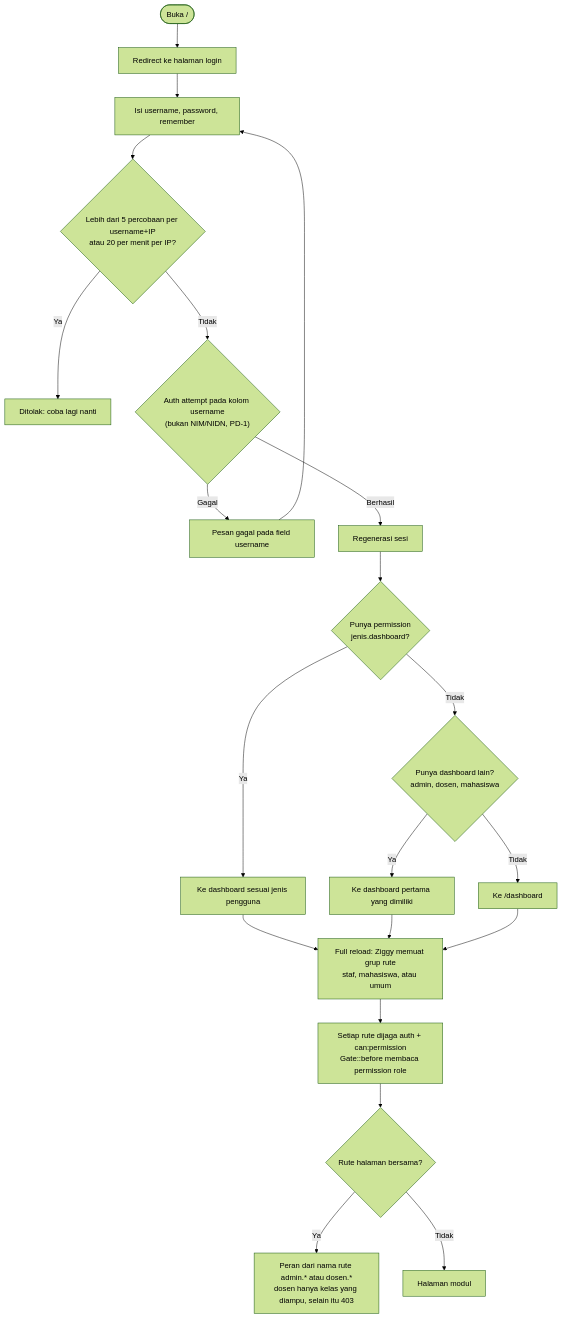
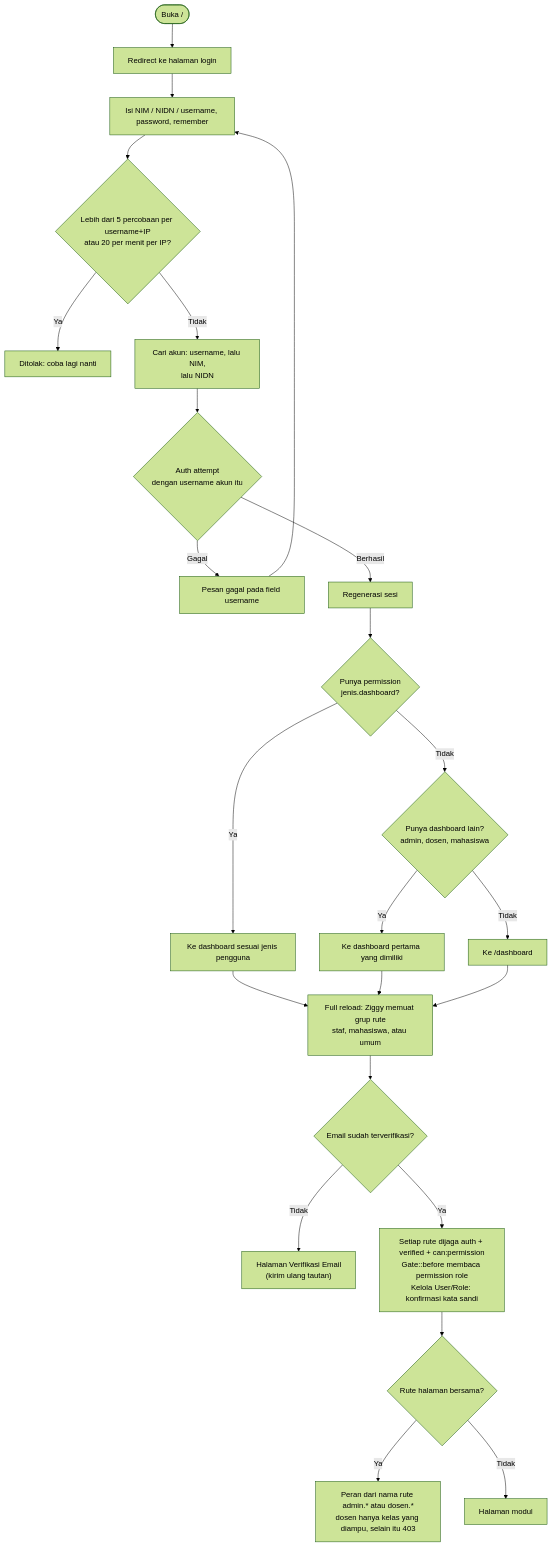
The third of 27 diagrams in docs/system-flowchart.md (Velocity-Developer/sia-vd), drawn with Mermaid (forest theme) before and after one commit. The commit also changed 2 other files, not shown here.

Commit message:
docs: PD-1 sampai PD-4 selesai (login NIM/NIDN, verifikasi email, role)

````diff
--- a/docs/system-flowchart.md
+++ b/docs/system-flowchart.md
@@ -133,22 +133,24 @@
 ```mermaid
 flowchart TD
     A(["Buka /"]) --> B["Redirect ke halaman login"]
-    B --> C["Isi username, password, remember"]
+    B --> C["Isi NIM / NIDN / username, password, remember"]
     C --> D{"Lebih dari 5 percobaan per username+IP<br/>atau 20 per menit per IP?"}
     D -- Ya --> D1["Ditolak: coba lagi nanti"]
-    D -- Tidak --> E{"Auth attempt pada kolom username<br/>(bukan NIM/NIDN, PD-1)"}
+    D -- Tidak --> E0["Cari akun: username, lalu NIM,<br/>lalu NIDN"] --> E{"Auth attempt<br/>dengan username akun itu"}
     E -- Gagal --> E1["Pesan gagal pada field username"] --> C
     E -- Berhasil --> F["Regenerasi sesi"]
     F --> G{"Punya permission<br/>jenis.dashboard?"}
     G -- Ya --> H["Ke dashboard sesuai jenis pengguna"]
     G -- Tidak --> I{"Punya dashboard lain?<br/>admin, dosen, mahasiswa"}
     I -- Ya --> H2["Ke dashboard pertama yang dimiliki"]
     I -- Tidak --> J["Ke /dashboard"]
     H --> K["Full reload: Ziggy memuat grup rute<br/>staf, mahasiswa, atau umum"]
     H2 --> K
     J --> K
-    K --> L["Setiap rute dijaga auth + can:permission<br/>Gate::before membaca permission role"]
+    K --> V{"Email sudah terverifikasi?"}
+    V -- Tidak --> V1["Halaman Verifikasi Email<br/>(kirim ulang tautan)"]
+    V -- Ya --> L["Setiap rute dijaga auth + verified + can:permission<br/>Gate::before membaca permission role<br/>Kelola User/Role: konfirmasi kata sandi"]
     L --> M{"Rute halaman bersama?"}
     M -- Ya --> N["Peran dari nama rute admin.* atau dosen.*<br/>dosen hanya kelas yang diampu, selain itu 403"]
     M -- Tidak --> O["Halaman modul"]
 ```
````
